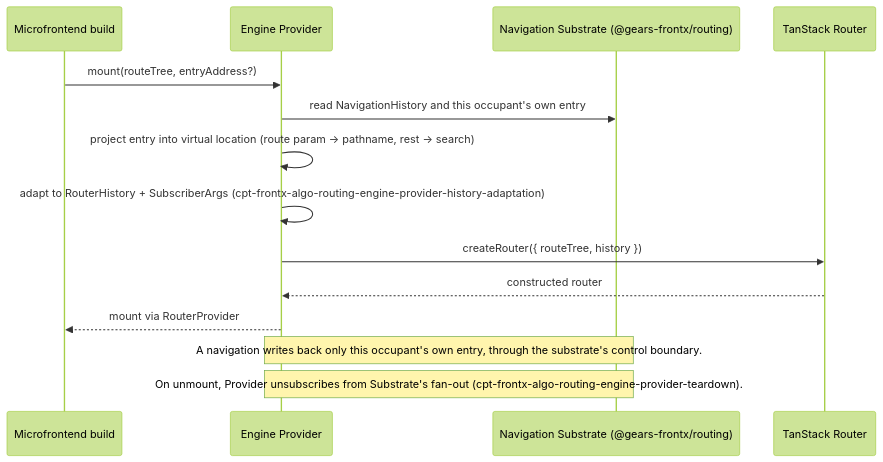
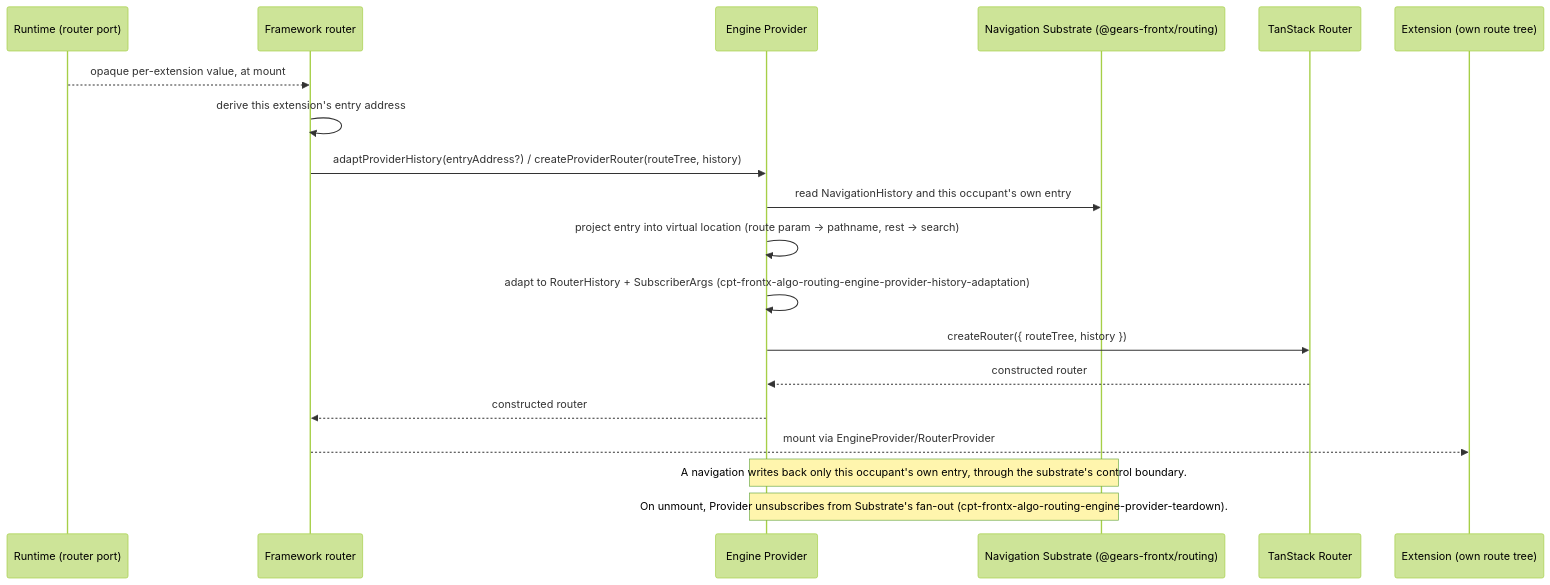
The second of 2 diagrams in packages/routing-tanstack/architecture/DESIGN.md (GeraBart/gears-frontx), drawn with Mermaid (forest theme) before and after one commit. The commit also changed other lines of this file and 83 other files, not shown here.

Commit message:
feat: router port in mfes, private occupant values, flat URL keys

````diff
--- a/packages/routing-tanstack/architecture/DESIGN.md
+++ b/packages/routing-tanstack/architecture/DESIGN.md
@@ -213,16 +216,21 @@
 ```mermaid
 sequenceDiagram
-    participant MFE as Microfrontend build
+    participant Runtime as Runtime (router port)
+    participant Framework as Framework router
     participant Provider as Engine Provider
     participant Substrate as Navigation Substrate (@gears-frontx/routing)
     participant Engine as TanStack Router
-    MFE->>Provider: mount(routeTree, entryAddress?)
+    participant MFE as Extension (own route tree)
+    Runtime-->>Framework: opaque per-extension value, at mount
+    Framework->>Framework: derive this extension's entry address
+    Framework->>Provider: adaptProviderHistory(entryAddress?) / createProviderRouter(routeTree, history)
     Provider->>Substrate: read NavigationHistory and this occupant's own entry
     Provider->>Provider: project entry into virtual location (route param -> pathname, rest -> search)
     Provider->>Provider: adapt to RouterHistory + SubscriberArgs (cpt-frontx-algo-routing-engine-provider-history-adaptation)
     Provider->>Engine: createRouter({ routeTree, history })
     Engine-->>Provider: constructed router
-    Provider-->>MFE: mount via RouterProvider
+    Provider-->>Framework: constructed router
+    Framework-->>MFE: mount via EngineProvider/RouterProvider
     Note over Provider,Substrate: A navigation writes back only this occupant's own entry, through the substrate's control boundary.
     Note over Provider,Substrate: On unmount, Provider unsubscribes from Substrate's fan-out (cpt-frontx-algo-routing-engine-provider-teardown).
 ```
````
